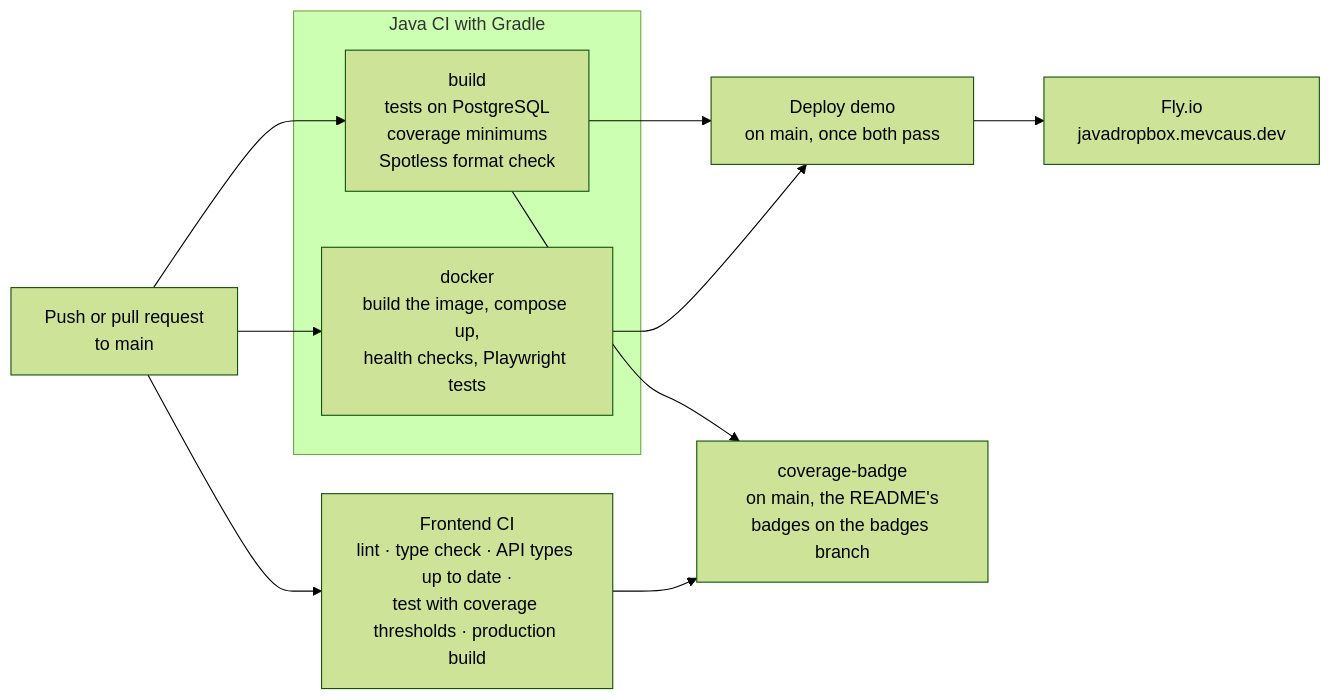
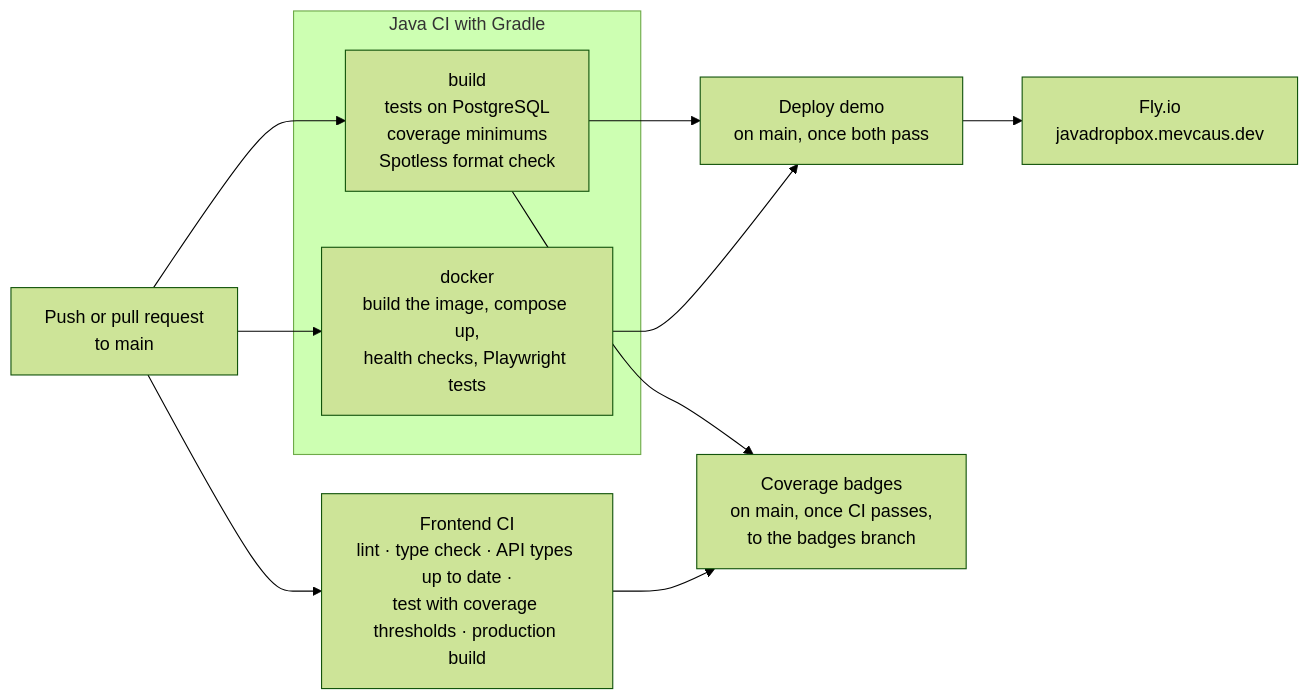
One commit to mevcaus/JavaDropbox changed the sixth of 6 diagrams in README.md. Above: the diagram before and after it, drawn with Mermaid (forest theme). The commit also changed 6 other files, not shown here.

Commit message:
publish the badges from a workflow of their own, and only for main's newest commit

````diff
--- a/README.md
+++ b/README.md
@@ -373,15 +373,15 @@
 ```mermaid
 flowchart LR
     Push["Push or pull request<br/>to main"] --> Build & Docker & Frontend
 
     subgraph Gradle["Java CI with Gradle"]
         Build["build<br/>tests on PostgreSQL<br/>coverage minimums<br/>Spotless format check"]
         Docker["docker<br/>build the image, compose up,<br/>health checks, Playwright tests"]
     end
 
     Frontend["Frontend CI<br/>lint · type check · API types up to date ·<br/>test with coverage thresholds · production build"]
 
     Build & Docker --> Deploy["Deploy demo<br/>on main, once both pass"]
     Deploy --> Fly["Fly.io<br/>javadropbox.mevcaus.dev"]
-    Build & Frontend --> Badges["coverage-badge<br/>on main, the README's<br/>badges on the badges branch"]
+    Build & Frontend --> Badges["Coverage badges<br/>on main, once CI passes,<br/>to the badges branch"]
 ```
````
